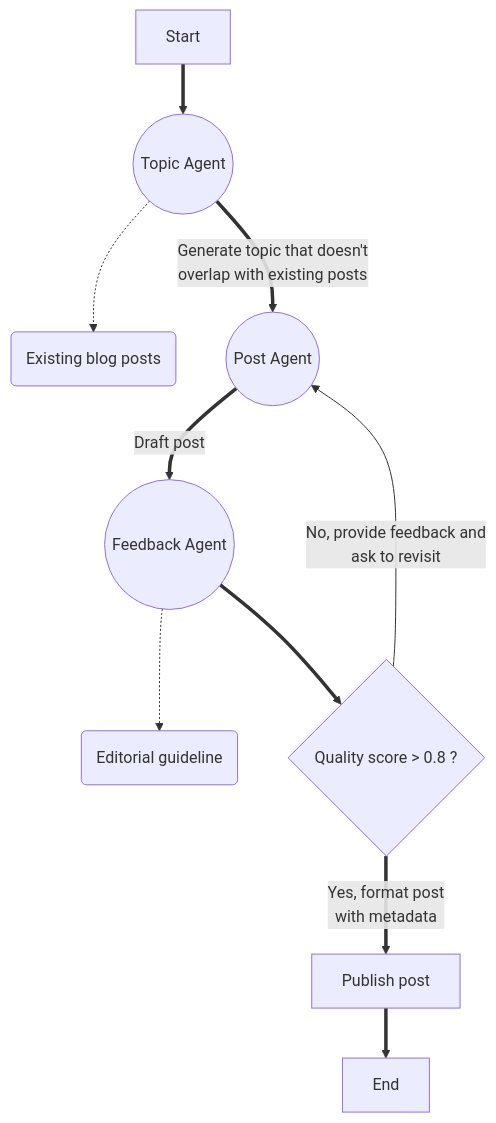
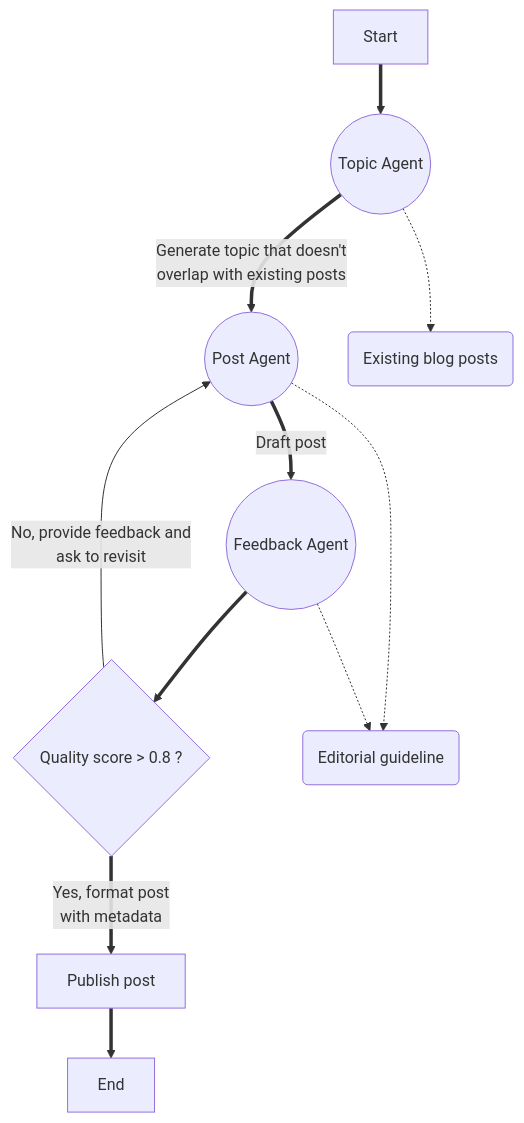
One commit to etiennetremel/ai-generated-blog changed the diagram in README.md. Above: the diagram before and after it, drawn with Mermaid.

Commit message:
fix: link editorial to post agent

````diff
--- a/README.md
+++ b/README.md
@@ -19,22 +19,23 @@
 ```mermaid
 flowchart TD
     A[Start]
     B((Topic Agent))
     C((Post Agent))
     D((Feedback Agent))
     E{Quality score > 0.8 ?}
     F(Editorial guideline)
     G[Publish post]
     H[End]
     I(Existing blog posts)
 
     A ==> B
     B -.-> I
     B == Generate topic that doesn't<br>overlap with existing posts ==> C
     C == Draft post ==> D
+    C -.-> F
     D -.-> F
     D ==> E
     E == Yes, format post<br>with metadata ==> G
     E -- No, provide feedback and<br>ask to revisit --> C
     G ==> H
 ```
````
